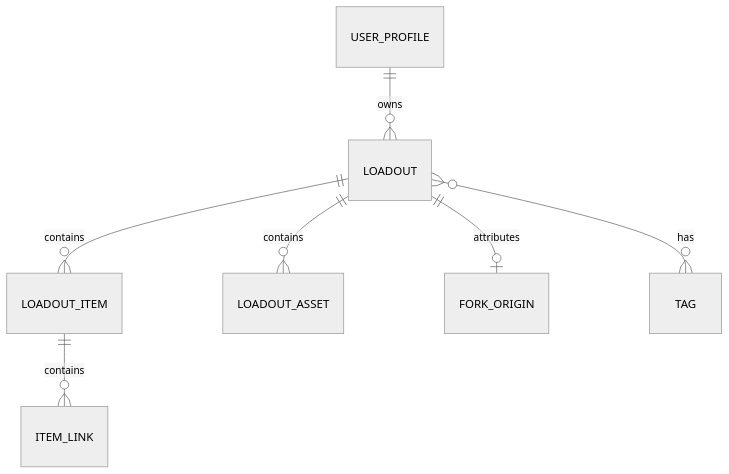
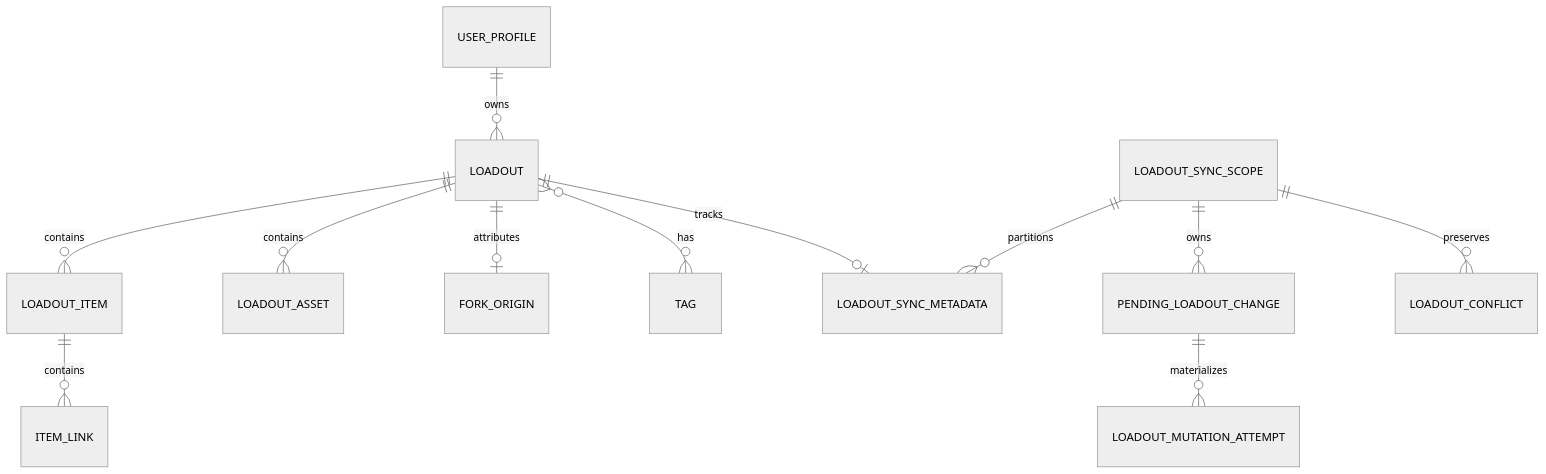
One commit to kovs705/BagLog changed the diagram in Docs/PERSISTENCE.md. Above: the diagram before and after it, drawn with Mermaid (neutral theme). The commit also changed other lines of this file and 78 other files, not shown here.

````diff
--- a/Docs/PERSISTENCE.md
+++ b/Docs/PERSISTENCE.md
@@ -58,9 +72,14 @@
 ```mermaid
 erDiagram
     USER_PROFILE ||--o{ LOADOUT : owns
     LOADOUT ||--o{ LOADOUT_ITEM : contains
     LOADOUT_ITEM ||--o{ ITEM_LINK : contains
     LOADOUT ||--o{ LOADOUT_ASSET : contains
     LOADOUT ||--o| FORK_ORIGIN : attributes
     LOADOUT }o--o{ TAG : has
+    LOADOUT ||--o| LOADOUT_SYNC_METADATA : tracks
+    LOADOUT_SYNC_SCOPE ||--o{ LOADOUT_SYNC_METADATA : partitions
+    LOADOUT_SYNC_SCOPE ||--o{ PENDING_LOADOUT_CHANGE : owns
+    PENDING_LOADOUT_CHANGE ||--o{ LOADOUT_MUTATION_ATTEMPT : materializes
+    LOADOUT_SYNC_SCOPE ||--o{ LOADOUT_CONFLICT : preserves
 ```
````
